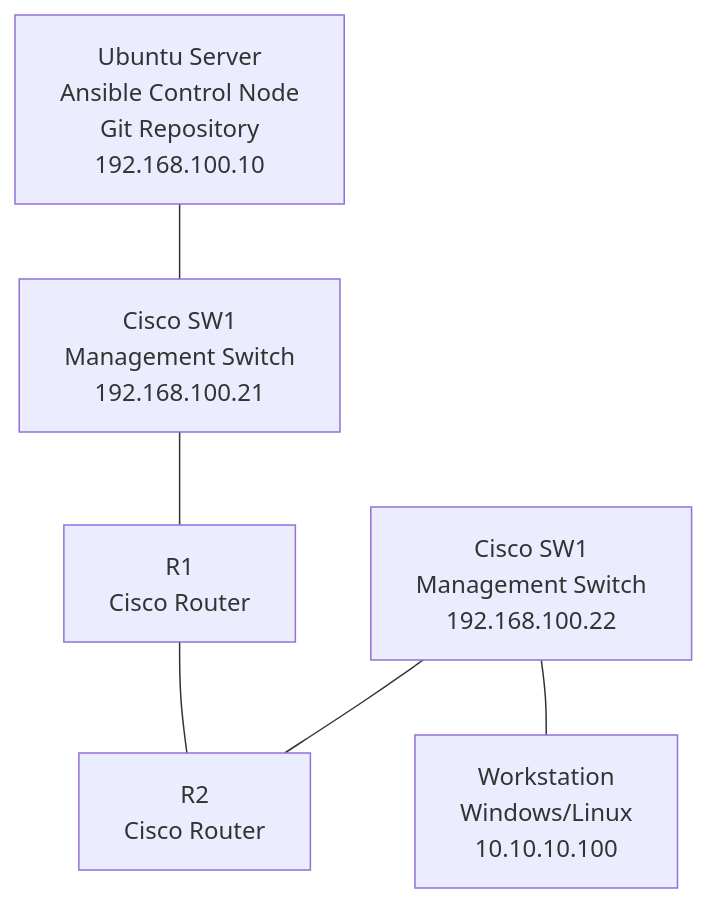
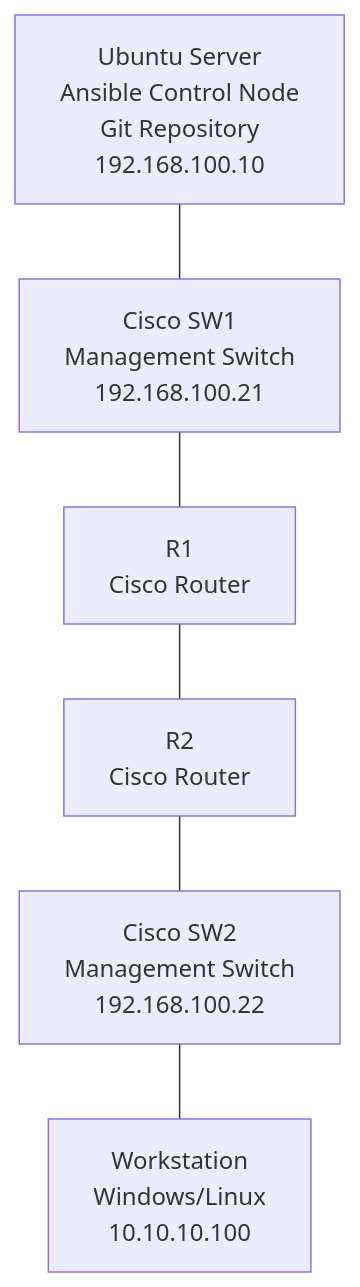
The diagram in docs/assignments/campuslab.md (Elias5151/Verkonhallinta), drawn with Mermaid before and after one commit. The commit also changed other lines of this file, not shown here.

First line of the commit message:
Fix switch2 label and update device information

````diff
--- a/docs/assignments/campuslab.md
+++ b/docs/assignments/campuslab.md
@@ -14,15 +14,15 @@
 ```mermaid
 flowchart TD
     server["Ubuntu Server<br/>Ansible Control Node<br/>Git Repository<br/>192.168.100.10"]
     switch1["Cisco SW1<br/>Management Switch<br/>192.168.100.21"]
-    switch2["Cisco SW1<br/>Management Switch<br/>192.168.100.22"]
+    switch2["Cisco SW2<br/>Management Switch<br/>192.168.100.22"]
     r1["R1<br/>Cisco Router"]
     r2["R2<br/>Cisco Router"]
     workstation["Workstation<br/>Windows/Linux<br/>10.10.10.100"]
 
     server --- switch1
     switch1 --- r1
-    switch2--- r2
     r1 --- r2
+    r2 --- switch2
     switch2 --- workstation
 ```
````
